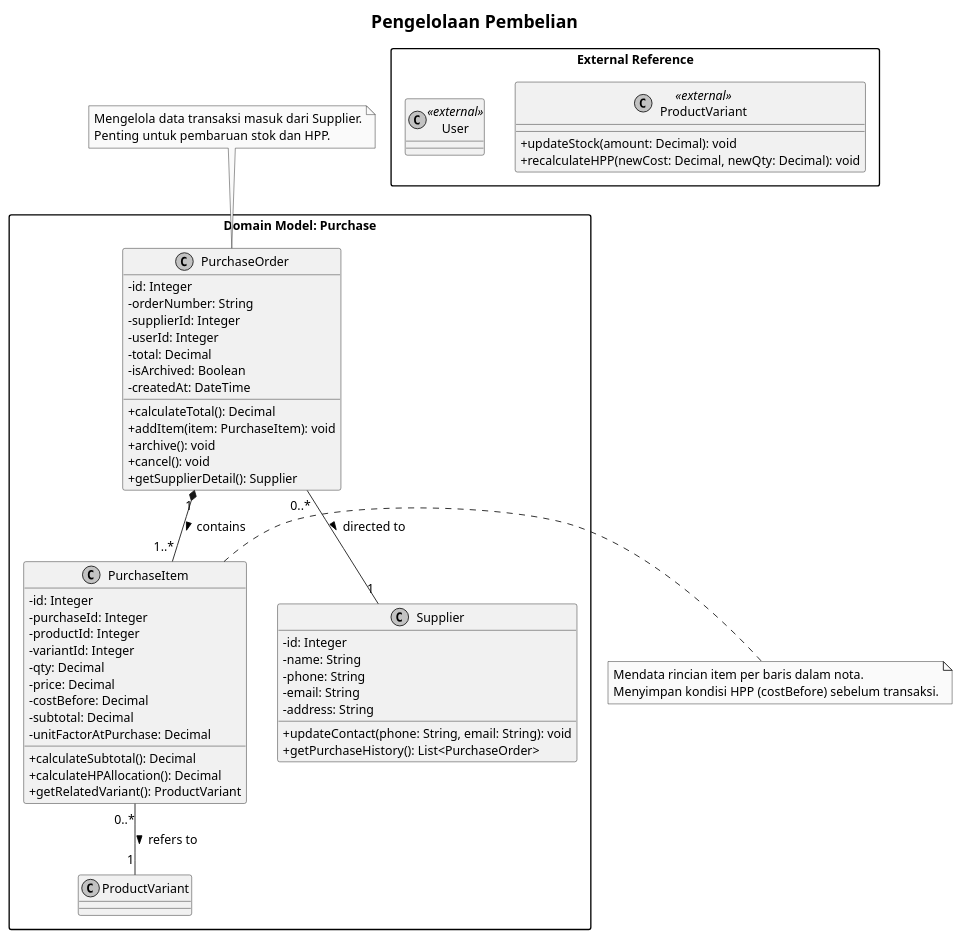
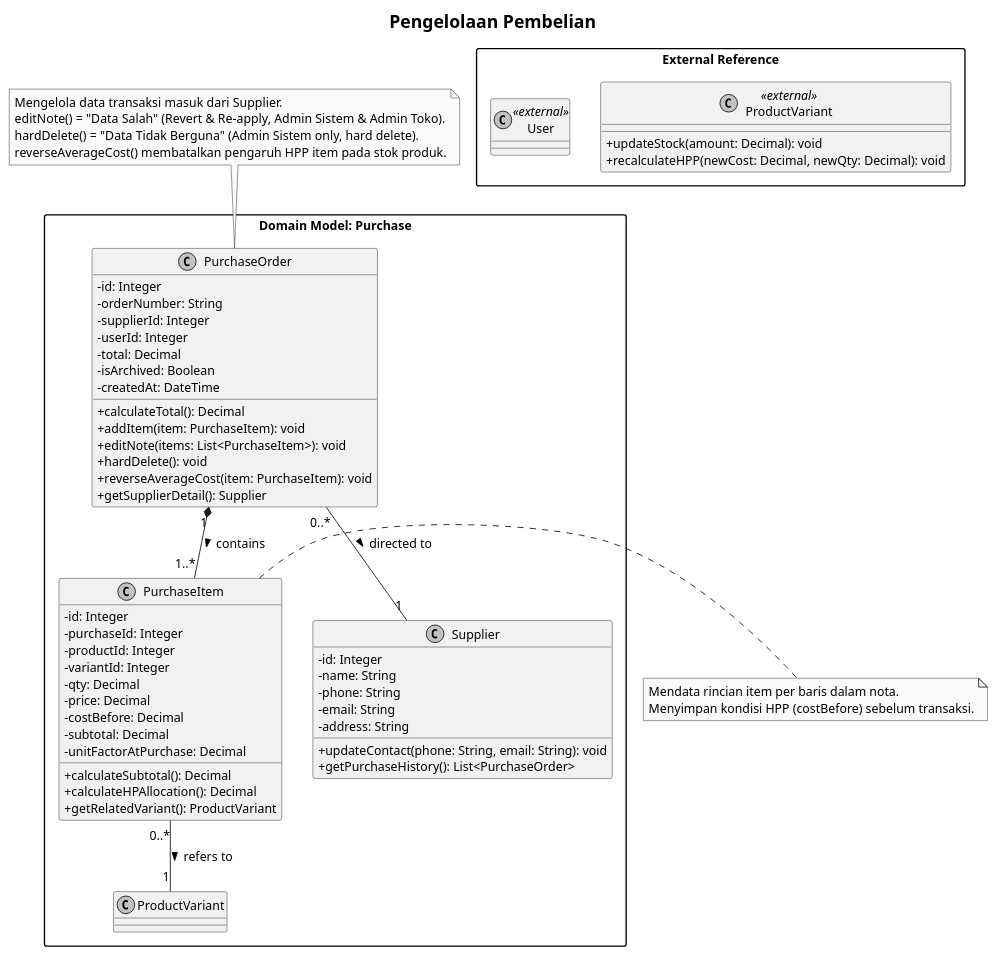
The diagram in docs/uml-class-module-b-purchase.puml (Aditiarzky/pos-app), drawn with PlantUML before and after one commit. The commit also changed 179 other files, not shown here.

Commit message:
refactor: konsolidasikan delete/restore berbasis relasi dan perbarui dokumentasi

```diff
--- a/docs/uml-class-module-b-purchase.puml
+++ b/docs/uml-class-module-b-purchase.puml
@@ -1,81 +1,84 @@
 @startuml Modul_B_Pengelolaan_Pembelian
 
 ' Pengaturan visual agar profesional dan fungsional
 skinparam classAttributeIconSize 0
 skinparam monochrome true
 skinparam packageStyle rectangle
 skinparam shadowing false
 skinparam defaultFontName "Arial"
 skinparam defaultFontSize 14
 skinparam titleFontSize 20
 
 title Pengelolaan Pembelian
 
 package "Domain Model: Purchase" {
     class PurchaseOrder {
         - id: Integer
         - orderNumber: String
         - supplierId: Integer
         - userId: Integer
         - total: Decimal
         - isArchived: Boolean
         - createdAt: DateTime
         + calculateTotal(): Decimal
         + addItem(item: PurchaseItem): void
-        + archive(): void
-        + cancel(): void
+        + editNote(items: List<PurchaseItem>): void
+        + hardDelete(): void
+        + reverseAverageCost(item: PurchaseItem): void
         + getSupplierDetail(): Supplier
     }
 
     class PurchaseItem {
         - id: Integer
         - purchaseId: Integer
         - productId: Integer
         - variantId: Integer
         - qty: Decimal
         - price: Decimal
         - costBefore: Decimal
         - subtotal: Decimal
         - unitFactorAtPurchase: Decimal
         + calculateSubtotal(): Decimal
         + calculateHPAllocation(): Decimal
         + getRelatedVariant(): ProductVariant
     }
 
     class Supplier {
         - id: Integer
         - name: String
         - phone: String
         - email: String
         - address: String
         + updateContact(phone: String, email: String): void
         + getPurchaseHistory(): List<PurchaseOrder>
     }
 
     ' Relationships
     PurchaseOrder "1" *-- "1..*" PurchaseItem : contains >
     PurchaseOrder "0..*" -- "1" Supplier : directed to >
     PurchaseItem "0..*" -- "1" ProductVariant : refers to >
 }
 
 package "External Reference" {
     class ProductVariant <<external>> {
         ' Digunakan untuk update stok dan HPP
         + updateStock(amount: Decimal): void
         + recalculateHPP(newCost: Decimal, newQty: Decimal): void
     }
     class User <<external>>
 }
 
 ' Catatan Fungsional
 note top of PurchaseOrder
   Mengelola data transaksi masuk dari Supplier.
-  Penting untuk pembaruan stok dan HPP.
+  editNote() = "Data Salah" (Revert & Re-apply, Admin Sistem & Admin Toko).
+  hardDelete() = "Data Tidak Berguna" (Admin Sistem only, hard delete).
+  reverseAverageCost() membatalkan pengaruh HPP item pada stok produk.
 end note
 
 note right of PurchaseItem
   Mendata rincian item per baris dalam nota.
   Menyimpan kondisi HPP (costBefore) sebelum transaksi.
 end note
 
 @enduml
```
